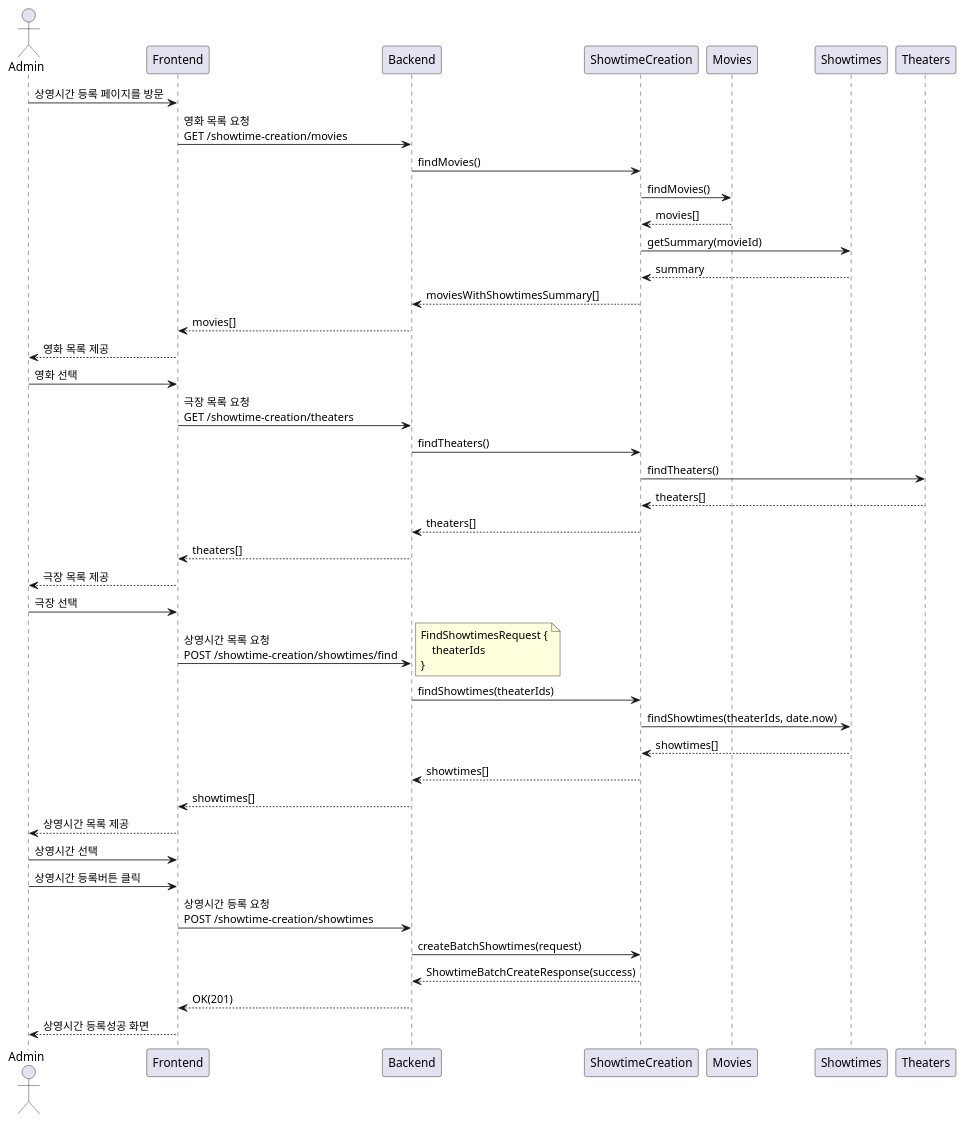
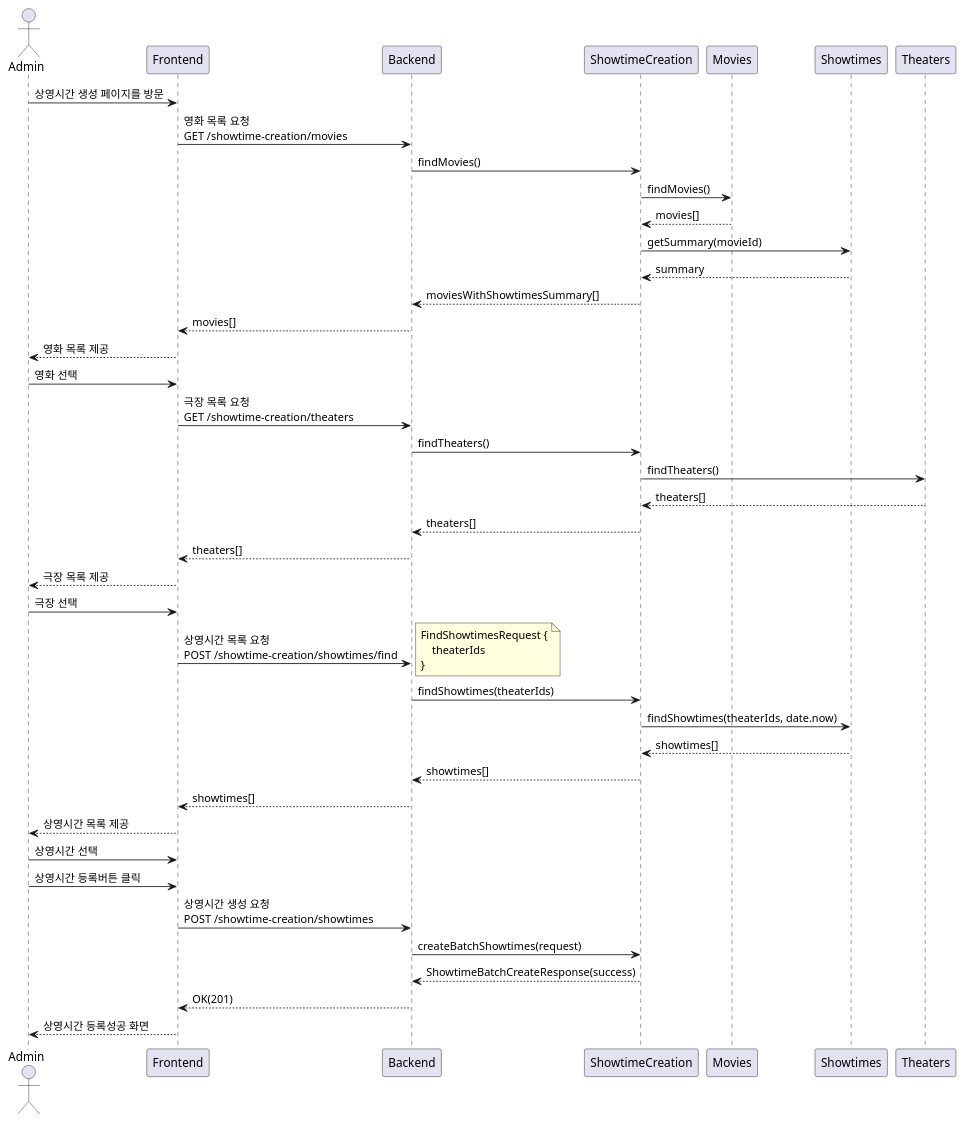
The first of 2 diagrams in docs/designs/showtime-creation.md (songminkyu/nest-msa), drawn with PlantUML before and after one commit. The commit also changed other lines of this file and 8 other files, not shown here.

Commit message:
refactor: Update terminology in documentation and tests for consistency in showtime creation

````diff
--- a/docs/designs/showtime-creation.md
+++ b/docs/designs/showtime-creation.md
@@ -42,47 +42,47 @@
 ```plantuml
 @startuml
 actor Admin
-Admin -> Frontend: 상영시간 등록 페이지를 방문
+Admin -> Frontend: 상영시간 생성 페이지를 방문
     Frontend -> Backend:영화 목록 요청\nGET /showtime-creation/movies
         Backend -> ShowtimeCreation: findMovies()
             ShowtimeCreation -> Movies: findMovies()
             ShowtimeCreation <-- Movies: movies[]
             ShowtimeCreation -> Showtimes: getSummary(movieId)
             ShowtimeCreation <-- Showtimes: summary
         Backend <-- ShowtimeCreation: moviesWithShowtimesSummary[]
     Frontend <-- Backend: movies[]
 Admin <-- Frontend: 영화 목록 제공
 
 Admin -> Frontend: 영화 선택
     Frontend -> Backend:극장 목록 요청\nGET /showtime-creation/theaters
         Backend -> ShowtimeCreation: findTheaters()
             ShowtimeCreation -> Theaters: findTheaters()
             ShowtimeCreation <-- Theaters: theaters[]
         Backend <-- ShowtimeCreation: theaters[]
     Frontend <-- Backend: theaters[]
 Admin <-- Frontend: 극장 목록 제공
 
 Admin -> Frontend: 극장 선택
     Frontend -> Backend: 상영시간 목록 요청\nPOST /showtime-creation/showtimes/find
     note right
     FindShowtimesRequest {
         theaterIds
     }
     end note
         Backend -> ShowtimeCreation: findShowtimes(theaterIds)
             ShowtimeCreation -> Showtimes: findShowtimes(theaterIds, date.now)
             ShowtimeCreation <-- Showtimes: showtimes[]
         Backend <-- ShowtimeCreation: showtimes[]
     Frontend <-- Backend: showtimes[]
 Admin <-- Frontend: 상영시간 목록 제공
 
 Admin -> Frontend: 상영시간 선택
 
 Admin -> Frontend: 상영시간 등록버튼 클릭
-    Frontend -> Backend: 상영시간 등록 요청\nPOST /showtime-creation/showtimes
+    Frontend -> Backend: 상영시간 생성 요청\nPOST /showtime-creation/showtimes
         Backend -> ShowtimeCreation: createBatchShowtimes(request)
         Backend <-- ShowtimeCreation: ShowtimeBatchCreateResponse(success)
     Frontend <-- Backend: OK(201)
 Admin <-- Frontend: 상영시간 등록성공 화면
 @enduml
 ```
````
